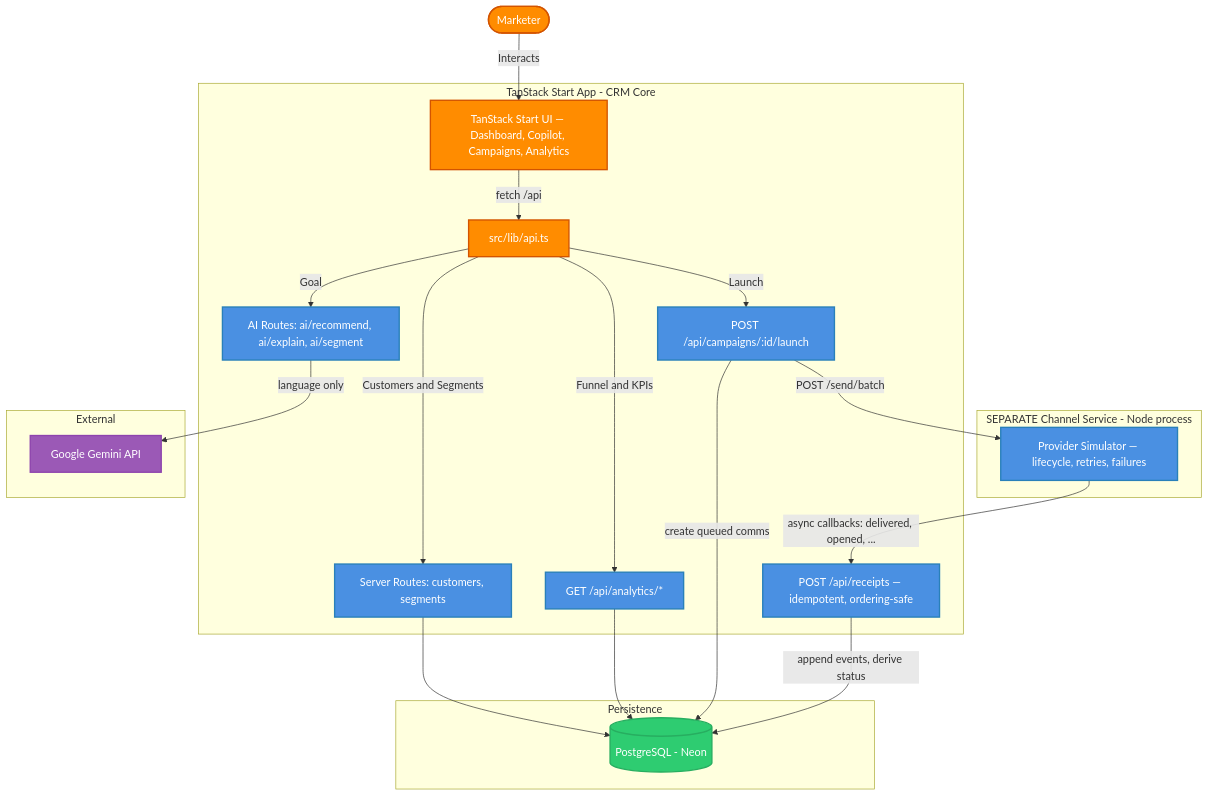
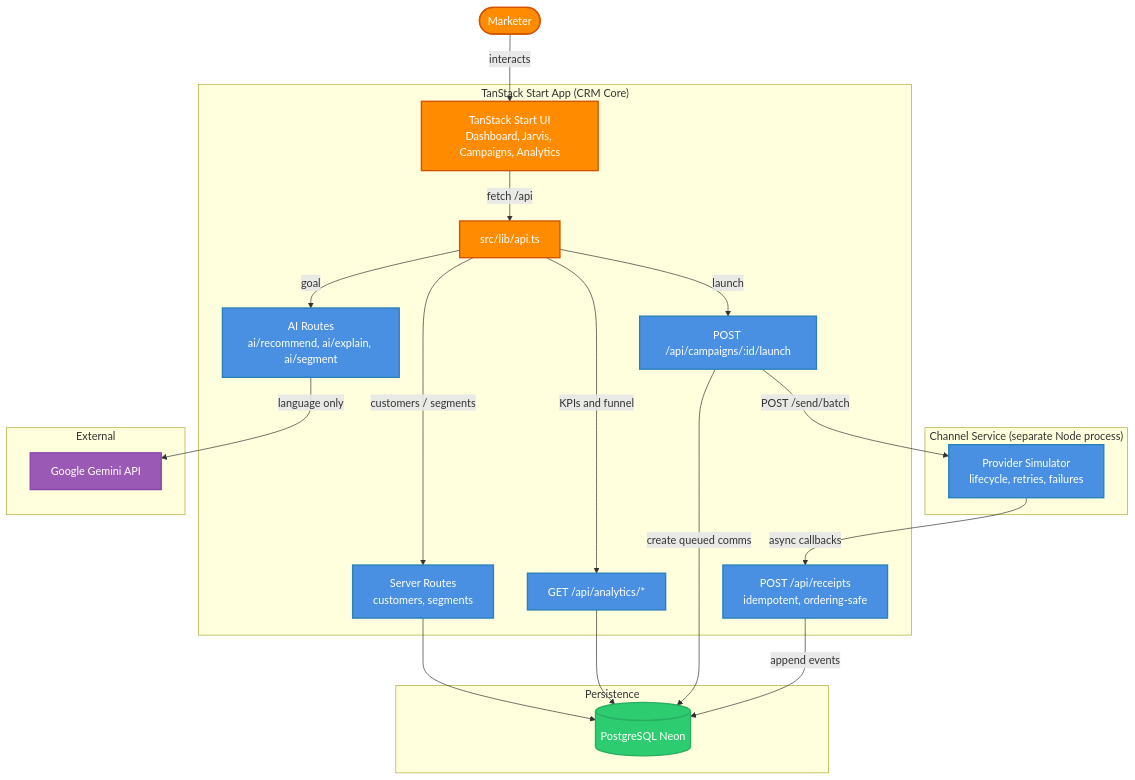
One commit to Souravshukla007/FableAiOS changed the diagram in README.md. Above: the diagram before and after it, drawn with Mermaid. The commit also changed other lines of this file and 5 other files, not shown here.

````diff
--- a/README.md
+++ b/README.md
@@ -92,41 +92,41 @@
 ```mermaid
 graph TD
-    User([Marketer]) -->|Interacts| UI["TanStack Start UI — Dashboard, Copilot, Campaigns, Analytics"]
+    User([Marketer]) -->|interacts| UI["TanStack Start UI<br/>Dashboard, Jarvis, Campaigns, Analytics"]
 
-    subgraph CRM [TanStack Start App - CRM Core]
+    subgraph CRM["TanStack Start App (CRM Core)"]
         UI -->|fetch /api| ClientAPI["src/lib/api.ts"]
-        ClientAPI -->|Customers and Segments| DataAPI["Server Routes: customers, segments"]
-        ClientAPI -->|Goal| AiAPI["AI Routes: ai/recommend, ai/explain, ai/segment"]
-        ClientAPI -->|Launch| LaunchAPI["POST /api/campaigns/:id/launch"]
-        ClientAPI -->|Funnel and KPIs| AnalyticsAPI["GET /api/analytics/*"]
-        ReceiptAPI["POST /api/receipts — idempotent, ordering-safe"]
+        ClientAPI -->|customers / segments| DataAPI["Server Routes<br/>customers, segments"]
+        ClientAPI -->|goal| AiAPI["AI Routes<br/>ai/recommend, ai/explain, ai/segment"]
+        ClientAPI -->|launch| LaunchAPI["POST /api/campaigns/:id/launch"]
+        ClientAPI -->|KPIs and funnel| AnalyticsAPI["GET /api/analytics/*"]
+        ReceiptAPI["POST /api/receipts<br/>idempotent, ordering-safe"]
     end
 
-    subgraph DB [Persistence]
-        DataAPI --> PG[(PostgreSQL - Neon)]
+    subgraph Persistence["Persistence"]
+        DataAPI --> PG[(PostgreSQL Neon)]
         AnalyticsAPI --> PG
         LaunchAPI -->|create queued comms| PG
-        ReceiptAPI -->|append events, derive status| PG
+        ReceiptAPI -->|append events| PG
     end
 
-    subgraph Channel [SEPARATE Channel Service - Node process]
-        Sim["Provider Simulator — lifecycle, retries, failures"]
+    subgraph ChannelSvc["Channel Service (separate Node process)"]
+        Sim["Provider Simulator<br/>lifecycle, retries, failures"]
     end
 
-    subgraph Services [External]
+    subgraph Services["External"]
         AiAPI -->|language only| Gemini["Google Gemini API"]
     end
 
     LaunchAPI -->|POST /send/batch| Sim
-    Sim -->|async callbacks: delivered, opened, ...| ReceiptAPI
+    Sim -->|async callbacks| ReceiptAPI
 
     classDef client fill:#FF8C00,stroke:#d35400,stroke-width:2px,color:#fff;
     classDef api fill:#4A90E2,stroke:#2980b9,stroke-width:2px,color:#fff;
     classDef db fill:#2ECC71,stroke:#27ae60,stroke-width:2px,color:#fff;
     classDef ext fill:#9B59B6,stroke:#8e44ad,stroke-width:2px,color:#fff;
 
     class User,UI,ClientAPI client;
     class DataAPI,AiAPI,LaunchAPI,AnalyticsAPI,ReceiptAPI,Sim api;
     class PG db;
     class Gemini ext;
 ```
````
